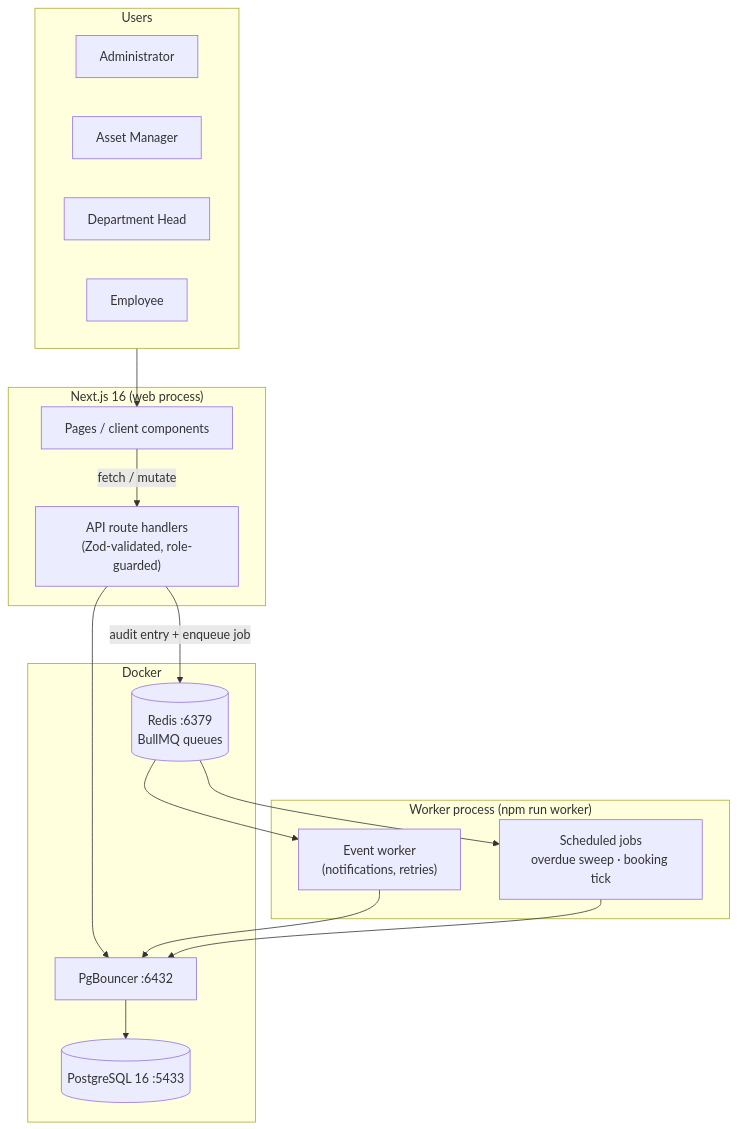
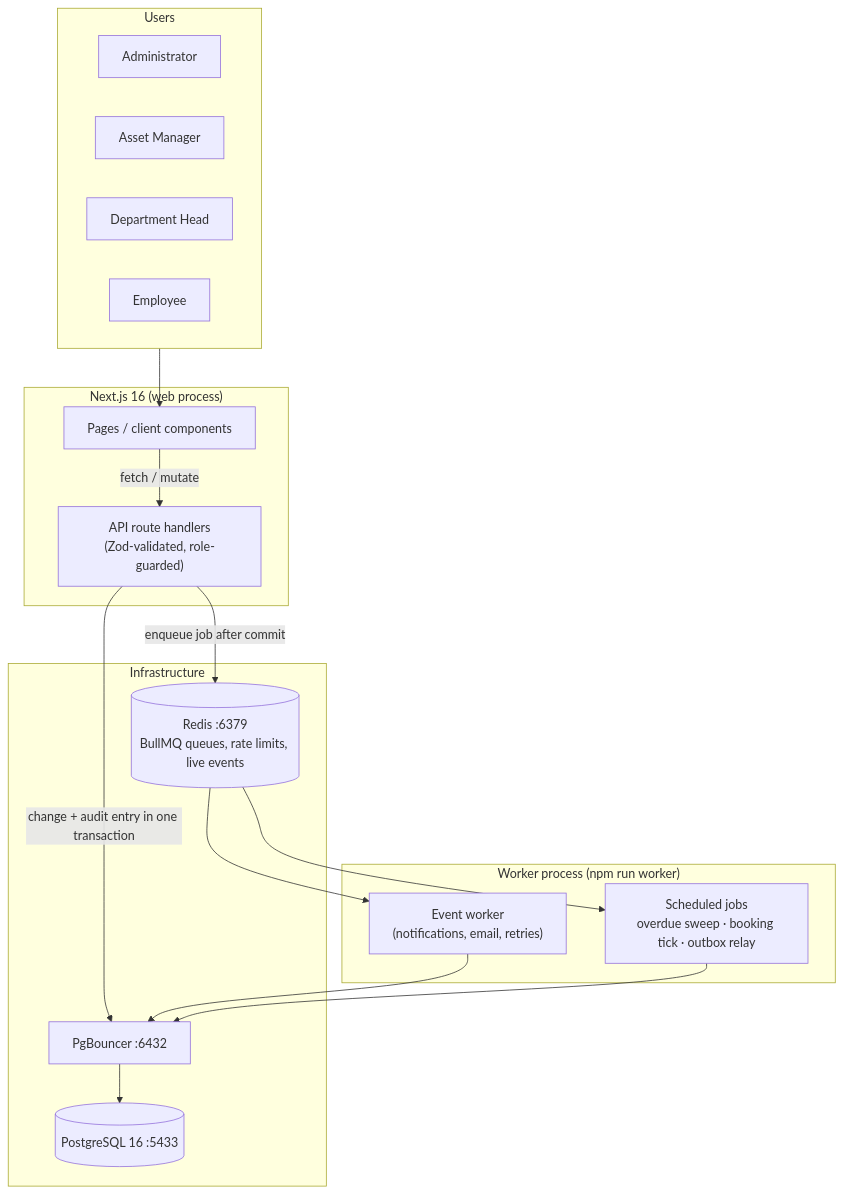
Before and after one commit to shrxprxyx/AssetFlow: the first of 5 diagrams in readme.md, drawn with Mermaid. The commit also changed other lines of this file and 7 other files, not shown here.

Commit message:
[refactor] : move logActivity helper from src/services to tests/helpers : The app writes audit entries with recordActivity() inside the transaction and dispatchActivity() after it. logActivity() had no production callers, only tests, so it now lives with them. update ReadMe, add .env.example

````diff
--- a/readme.md
+++ b/readme.md
@@ -29,35 +49,36 @@
 ```mermaid
 flowchart TB
 
 subgraph USERS["Users"]
 A1[Administrator]
 A2[Asset Manager]
 A3[Department Head]
 A4[Employee]
 end
 
 subgraph WEB["Next.js 16 (web process)"]
   PAGES["Pages / client components"]
   API["API route handlers<br/>(Zod-validated, role-guarded)"]
 end
 
 subgraph WORKER["Worker process (npm run worker)"]
-  EVT["Event worker<br/>(notifications, retries)"]
-  SWEEP["Scheduled jobs<br/>overdue sweep · booking tick"]
+  EVT["Event worker<br/>(notifications, email, retries)"]
+  SWEEP["Scheduled jobs<br/>overdue sweep · booking tick · outbox relay"]
 end
 
-subgraph INFRA["Docker"]
+subgraph INFRA["Infrastructure"]
   PGB["PgBouncer :6432"]
   PG[("PostgreSQL 16 :5433")]
-  REDIS[("Redis :6379<br/>BullMQ queues")]
+  REDIS[("Redis :6379<br/>BullMQ queues, rate limits, live events")]
 end
 
 USERS --> PAGES
 PAGES -->|"fetch / mutate"| API
-API -->|"audit entry + enqueue job"| REDIS
-API --> PGB --> PG
+API -->|"change + audit entry in one transaction"| PGB
+API -->|"enqueue job after commit"| REDIS
+PGB --> PG
 REDIS --> EVT
 REDIS --> SWEEP
 EVT --> PGB
 SWEEP --> PGB
 ```
````
